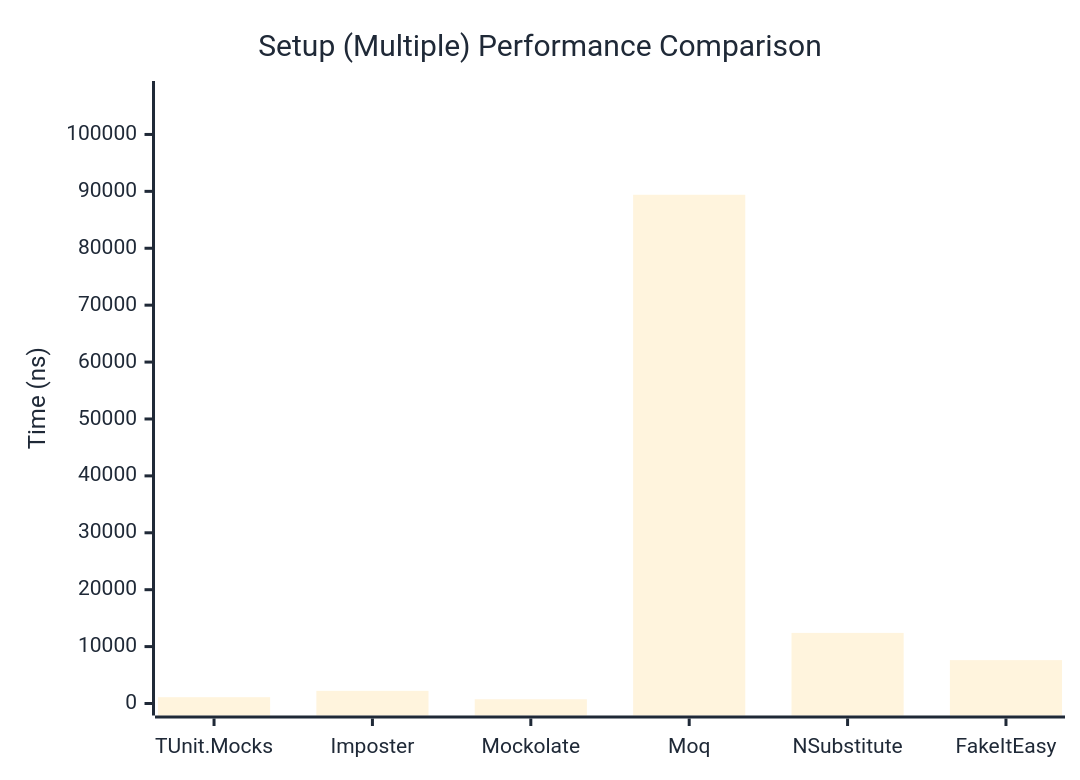
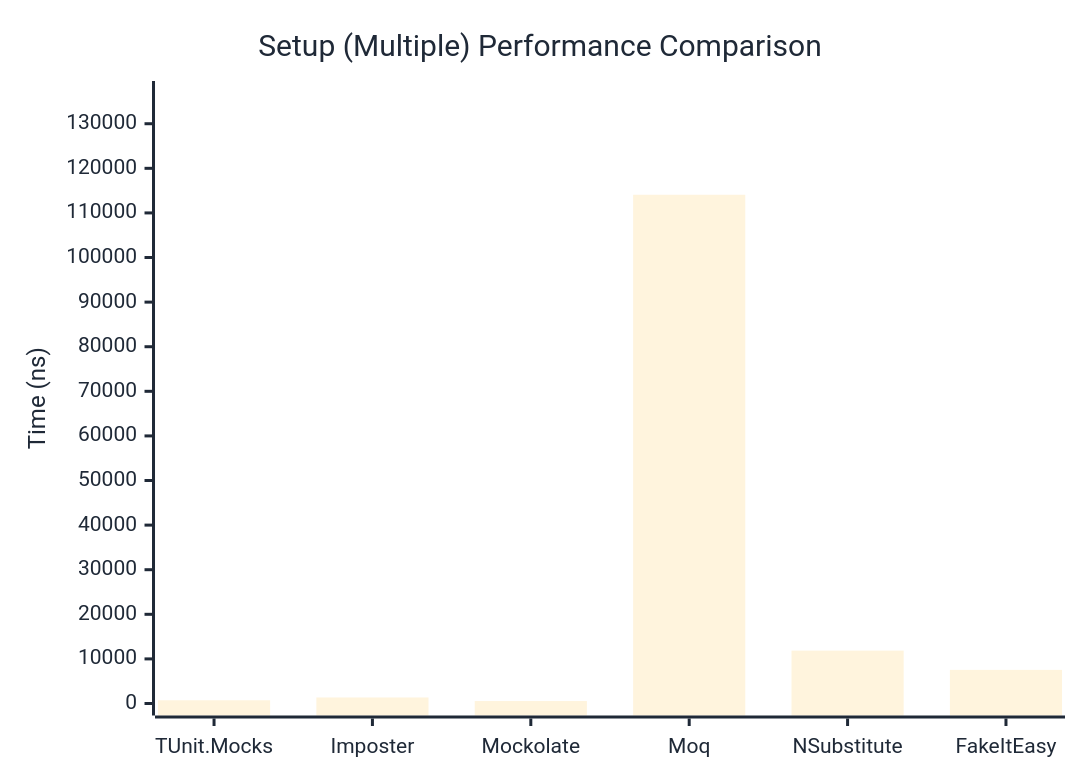
One commit to thomhurst/TUnit changed the second of 2 diagrams in docs/docs/benchmarks/mocks/Setup.md. Above: the diagram before and after it, drawn with Mermaid. The commit also changed other lines of this file and 14 other files, not shown here.

````diff
--- a/docs/docs/benchmarks/mocks/Setup.md
+++ b/docs/docs/benchmarks/mocks/Setup.md
@@ -71,27 +71,27 @@
 ```mermaid
 %%{init: {
   'theme':'base',
   'themeVariables': {
     'primaryColor': '#2563eb',
     'primaryTextColor': '#1f2937',
     'primaryBorderColor': '#1e40af',
     'lineColor': '#6b7280',
     'secondaryColor': '#7c3aed',
     'tertiaryColor': '#dc2626',
     'background': '#ffffff',
     'pie1': '#2563eb',
     'pie2': '#7c3aed',
     'pie3': '#dc2626',
     'pie4': '#f59e0b',
     'pie5': '#10b981',
     'pie6': '#06b6d4',
     'pie7': '#ec4899',
     'pie8': '#6366f1'
   }
 }}%%
 xychart-beta
   title "Setup (Multiple) Performance Comparison"
   x-axis ["TUnit.Mocks", "Imposter", "Mockolate", "Moq", "NSubstitute", "FakeItEasy"]
-  y-axis "Time (ns)" 0 --> 107284
-  bar [1109.8, 2225, 747.3, 89402.7, 12407.3, 7620.5]
+  y-axis "Time (ns)" 0 --> 136890
+  bar [726.3, 1351.4, 552.8, 114074.6, 11859.4, 7540.5]
 ```
````
